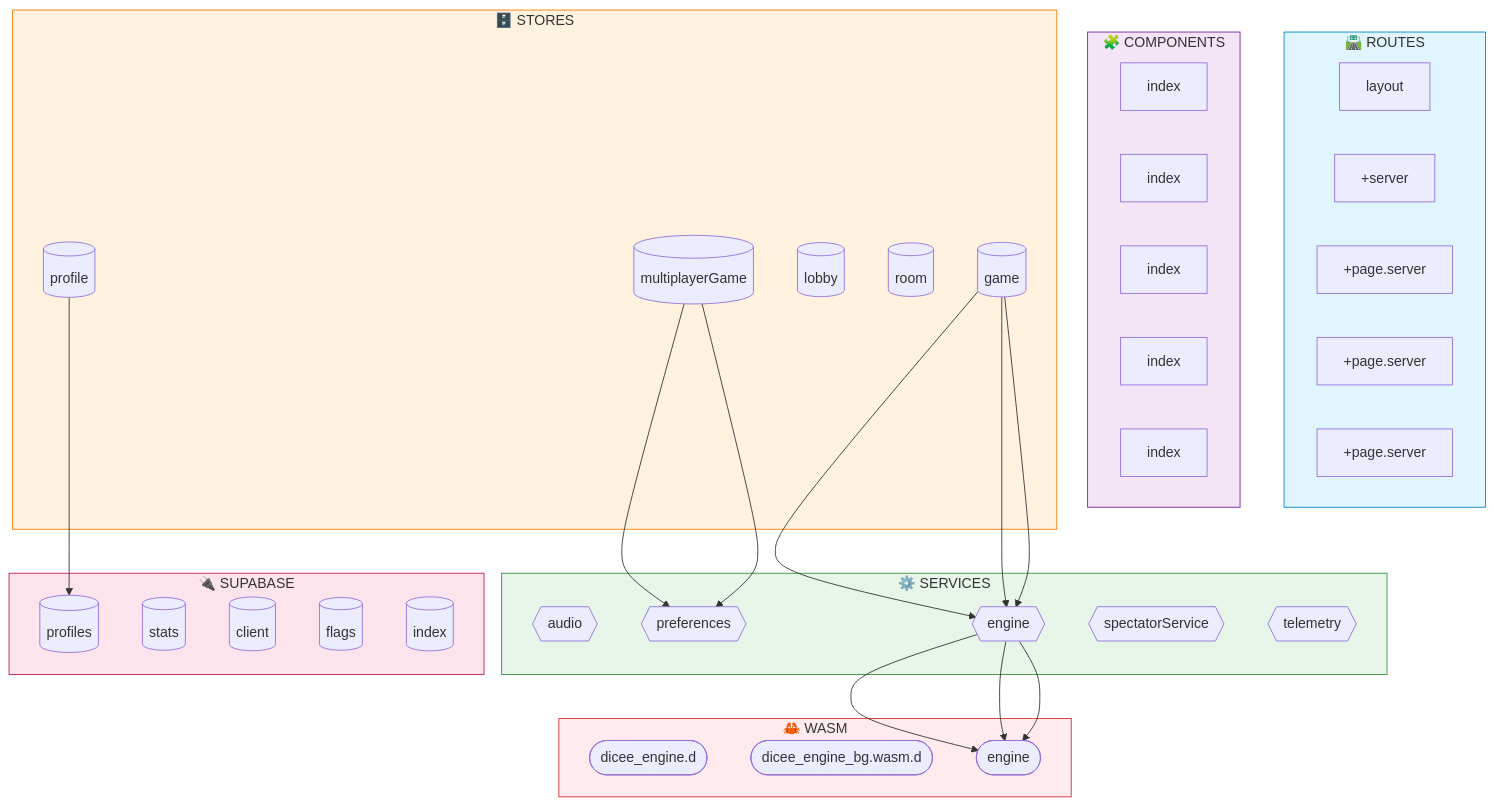
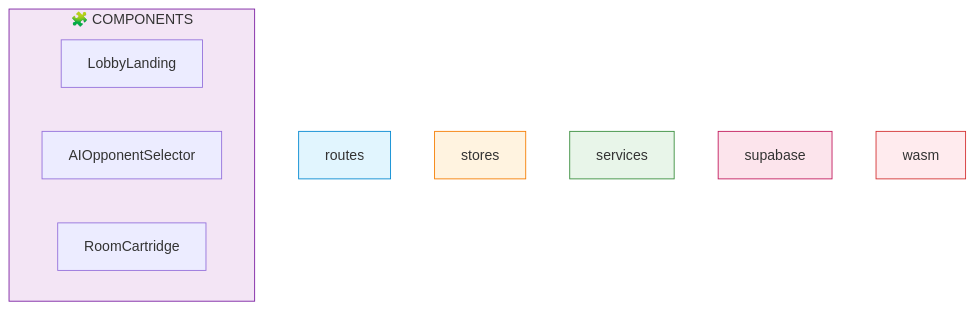
Before and after one commit to verlyn13/dicee: the diagram in docs/architecture/akg/diagrams/DATAFLOW.md, drawn with Mermaid. The commit also changed other lines of this file and 8 other files, not shown here.

First line of the commit message:
chore(akg): update diagrams and graph after lobby UX changes

````diff
--- a/docs/architecture/akg/diagrams/DATAFLOW.md
+++ b/docs/architecture/akg/diagrams/DATAFLOW.md
@@ -18,66 +18,17 @@
 ```mermaid
 flowchart TB
-    subgraph routes["🛣️ ROUTES"]
-        module___layout__rc_routes__layout_ts["layout"]
-        module___server___callback__server_ts["+server"]
-        module___page_server__obby__page_server_["+page.server"]
-        module___page_server___id___page_server_["+page.server"]
-        module___page_server__ode___page_server_["+page.server"]
+    subgraph components["🧩 COMPONENTS"]
+        smartcontainer__LobbyLanding___LobbyLand["LobbyLanding"]
+        component__AIOpponentSelector__onentSele["AIOpponentSelector"]
+        smartcontainer__RoomCartridge__RoomCartr["RoomCartridge"]
     end
 
-    subgraph components["🧩 COMPONENTS"]
-        module__index__mponents_ui_index_ts["index"]
-        module__index__ts_settings_index_ts["index"]
-        module__index__onents_chat_index_ts["index"]
-        module__index__onents_auth_index_ts["index"]
-        module__index__ts_skeleton_index_ts["index"]
-    end
-
-    subgraph stores["🗄️ STORES"]
-        store__game_svelte__tores_game_svelte_ts[("game")]
-        store__profile_svelte__es_profile_svelte[("profile")]
-        store__lobby_svelte__ores_lobby_svelte_t[("lobby")]
-        store__room_svelte__tores_room_svelte_ts[("room")]
-        store__multiplayerGame_svelte__playerGam[("multiplayerGame")]
-    end
-
-    subgraph services["⚙️ SERVICES"]
-        service__audio__ib_services_audio_ts{{"audio"}}
-        store__preferences_svelte__references_sv{{"preferences"}}
-        service__engine__b_services_engine_ts{{"engine"}}
-        store__spectatorService_svelte__torServi{{"spectatorService"}}
-        service__telemetry__ervices_telemetry_ts{{"telemetry"}}
-    end
-
-    subgraph supabase["🔌 SUPABASE"]
-        supabasemodule__profiles__supabase_profi[("profiles")]
-        supabasemodule__stats__ib_supabase_stats[("stats")]
-        supabasemodule__client__b_supabase_clien[("client")]
-        supabasemodule__flags__ib_supabase_flags[("flags")]
-        supabasemodule__index__ib_supabase_index[("index")]
-    end
-
-    subgraph wasm["🦀 WASM"]
-        wasmbridge__dicee_engine_d__sm_dicee_eng(["dicee_engine.d"])
-        wasmbridge__dicee_engine_bg_wasm_d___eng(["dicee_engine_bg.wasm.d"])
-        wasmbridge__engine__eb_src_lib_engine_ts(["engine"])
-    end
-
-    store__game_svelte__tores_game_svelte_ts --> service__engine__b_services_engine_ts
-    store__game_svelte__tores_game_svelte_ts --> service__engine__b_services_engine_ts
-    store__game_svelte__tores_game_svelte_ts --> service__engine__b_services_engine_ts
-    store__profile_svelte__es_profile_svelte --> supabasemodule__profiles__supabase_profi
-    store__multiplayerGame_svelte__playerGam --> store__preferences_svelte__references_sv
-    store__multiplayerGame_svelte__playerGam --> store__preferences_svelte__references_sv
-    service__engine__b_services_engine_ts --> wasmbridge__engine__eb_src_lib_engine_ts
-    service__engine__b_services_engine_ts --> wasmbridge__engine__eb_src_lib_engine_ts
-    service__engine__b_services_engine_ts --> wasmbridge__engine__eb_src_lib_engine_ts
 
     %% Layer styling
     style routes fill:#e1f5fe,stroke:#0288d1
     style components fill:#f3e5f5,stroke:#7b1fa2
     style stores fill:#fff3e0,stroke:#f57c00
     style services fill:#e8f5e9,stroke:#388e3c
     style supabase fill:#fce4ec,stroke:#c2185b
     style wasm fill:#ffebee,stroke:#d32f2f
 ```
````
